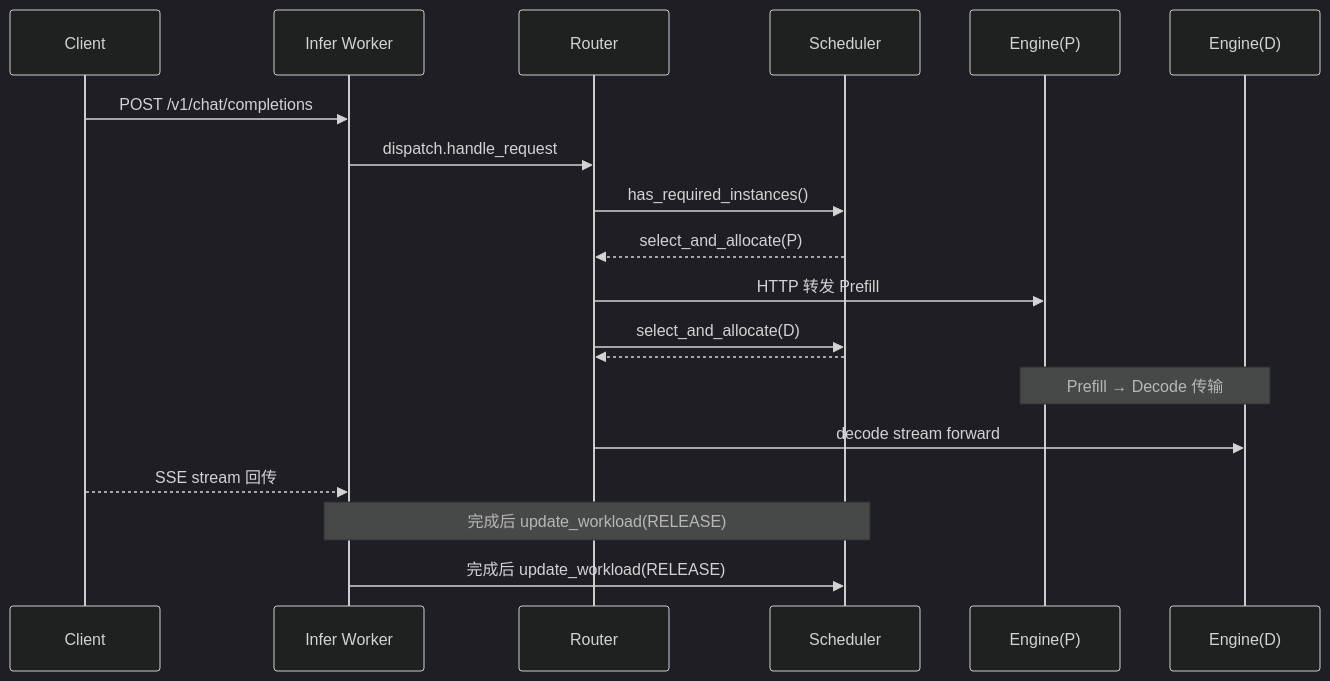
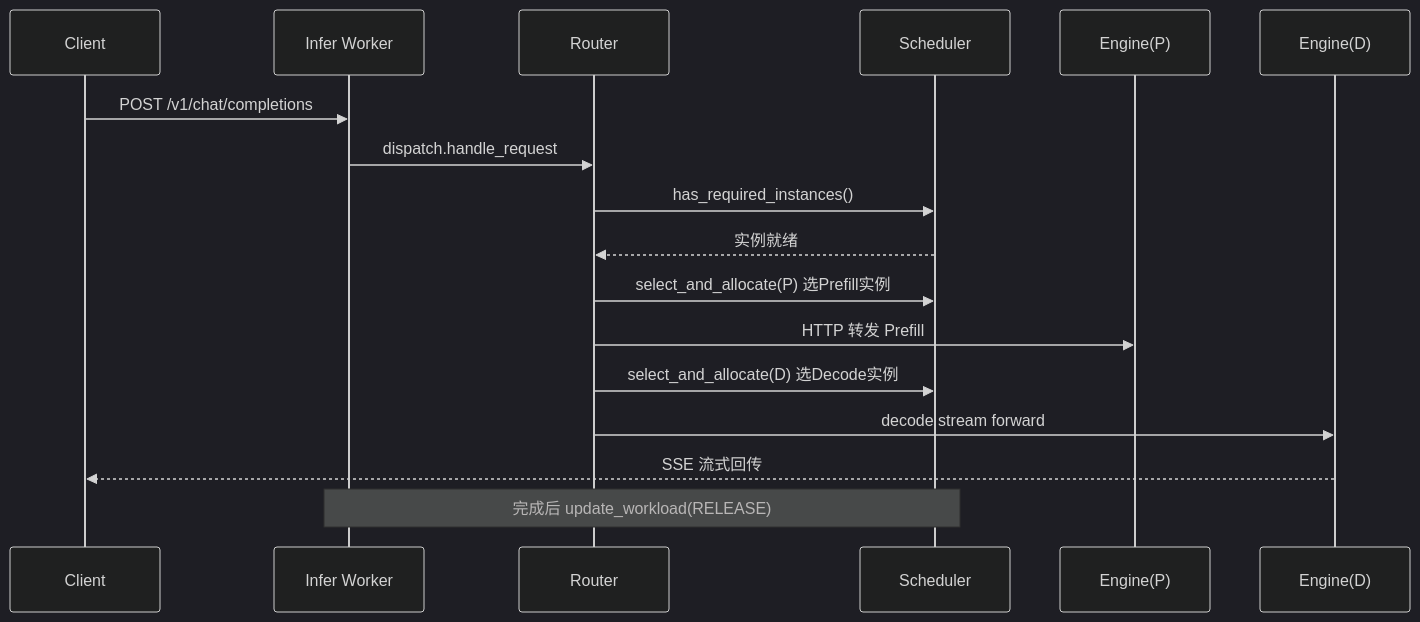
The third of 3 diagrams in docs/topics/pymotor-architecture.md (Lyr-GW/interview-docs), drawn with Mermaid (dark theme) before and after one commit. The commit also changed other lines of this file and 19 other files, not shown here.

````diff
--- a/docs/topics/pymotor-architecture.md
+++ b/docs/topics/pymotor-architecture.md
@@ -390,27 +170,19 @@
 ```mermaid
 sequenceDiagram
     participant C as Client
     participant IW as Infer Worker
     participant R as Router
     participant S as Scheduler
     participant EP as Engine(P)
     participant ED as Engine(D)
-
     C->>IW: POST /v1/chat/completions
     IW->>R: dispatch.handle_request
     R->>S: has_required_instances()
-    S-->>R: select_and_allocate(P)
+    S-->>R: 实例就绪
+    R->>S: select_and_allocate(P) 选Prefill实例
     R->>EP: HTTP 转发 Prefill
-    R->>S: select_and_allocate(D)
-    S-->>R: 
-
-    Note over EP,ED: Prefill → Decode 传输
-
+    R->>S: select_and_allocate(D) 选Decode实例
     R->>ED: decode stream forward
-    
-    C-->>IW: SSE stream 回传
-
+    ED-->>C: SSE 流式回传
     Note over IW,S: 完成后 update_workload(RELEASE)
-    IW->>S: 完成后 update_workload(RELEASE)
-
 ```
````
